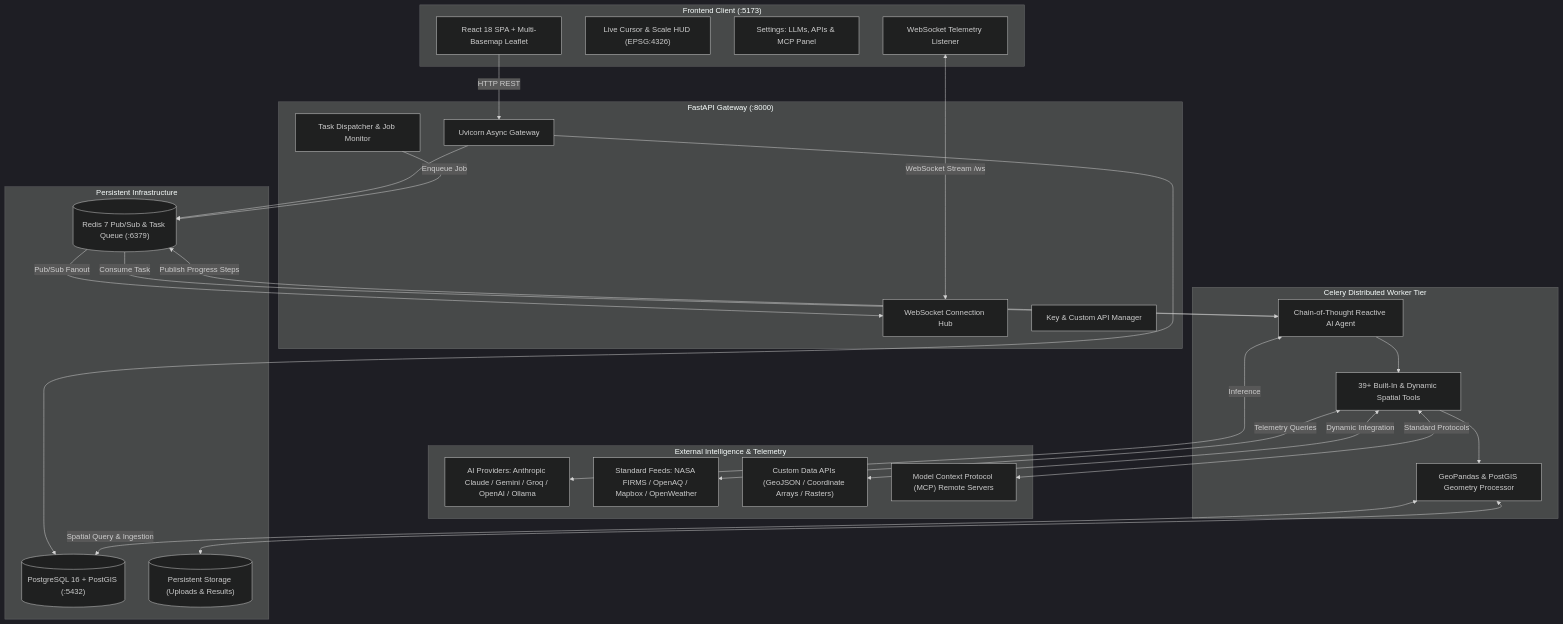
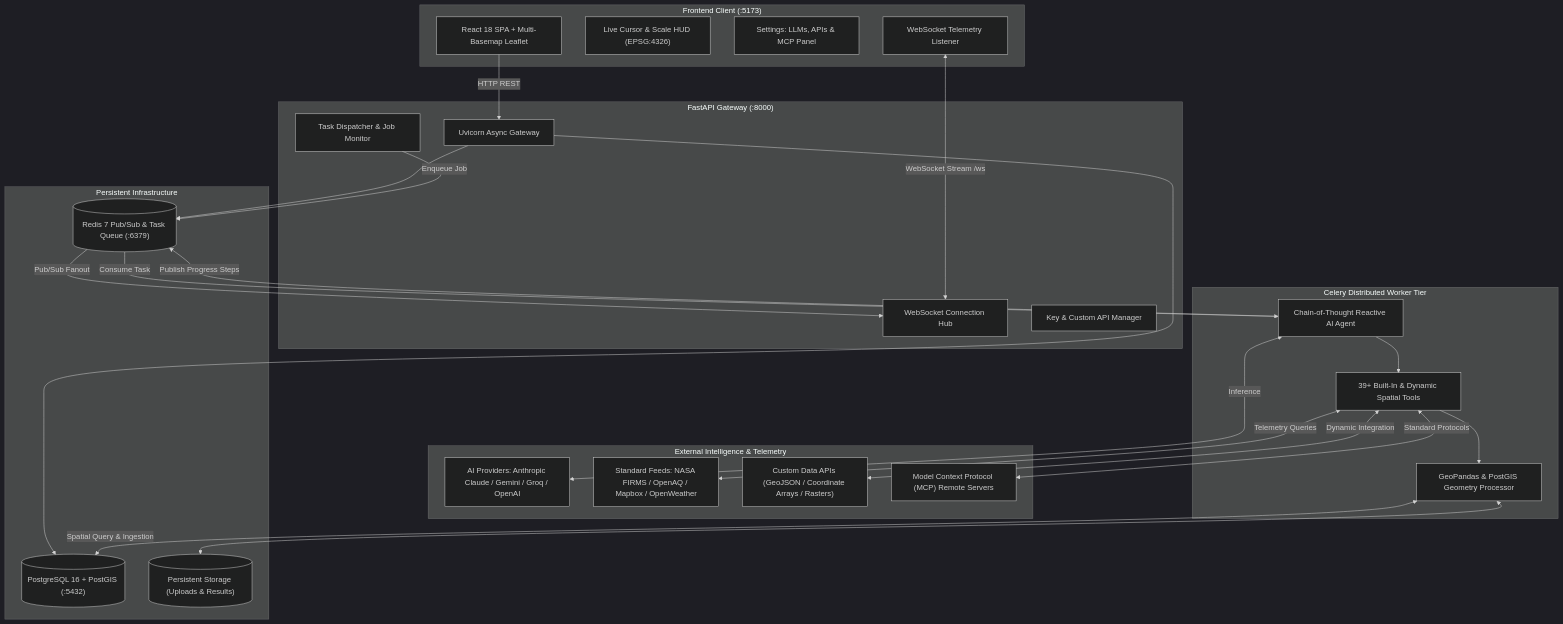
The diagram in README.md (Parth354/COT-Geospatial), drawn with Mermaid (dark theme) before and after one commit. The commit also changed other lines of this file and 6 other files, not shown here.

Commit message:
fix(llm): remove local ollama completely to prevent hardcoded mock indicators

````diff
--- a/README.md
+++ b/README.md
@@ -17,52 +17,52 @@
 ```mermaid
 flowchart TD
     subgraph Client ["Frontend Client (:5173)"]
         UI["React 18 SPA + Multi-Basemap Leaflet"]
         HUD["Live Cursor & Scale HUD (EPSG:4326)"]
         Settings["Settings: LLMs, APIs & MCP Panel"]
         WS["WebSocket Telemetry Listener"]
     end
 
     subgraph API ["FastAPI Gateway (:8000)"]
         Server["Uvicorn Async Gateway"]
         WSManager["WebSocket Connection Hub"]
         TaskQueue["Task Dispatcher & Job Monitor"]
         SettingsRoutes["Key & Custom API Manager"]
     end
 
     subgraph Worker ["Celery Distributed Worker Tier"]
         Agent["Chain-of-Thought Reactive AI Agent"]
         ToolRegistry["39+ Built-In & Dynamic Spatial Tools"]
         GeoEngine["GeoPandas & PostGIS Geometry Processor"]
     end
 
     subgraph External ["External Intelligence & Telemetry"]
-        LLM["AI Providers: Anthropic Claude / Gemini / Groq / OpenAI / Ollama"]
+        LLM["AI Providers: Anthropic Claude / Gemini / Groq / OpenAI"]
         APIs["Standard Feeds: NASA FIRMS / OpenAQ / Mapbox / OpenWeather"]
         CustomFeeds["Custom Data APIs (GeoJSON / Coordinate Arrays / Rasters)"]
         MCPServers["Model Context Protocol (MCP) Remote Servers"]
     end
 
     subgraph Storage ["Persistent Infrastructure"]
         PostGIS[("PostgreSQL 16 + PostGIS (:5432)")]
         RedisBroker[("Redis 7 Pub/Sub & Task Queue (:6379)")]
         DiskStorage[("Persistent Storage (Uploads & Results)")]
     end
 
     UI -->|HTTP REST| Server
     WS <-->|WebSocket Stream /ws| WSManager
     Server --> PostGIS
     Server --> RedisBroker
     TaskQueue -->|Enqueue Job| RedisBroker
     RedisBroker -->|Consume Task| Agent
     Agent <-->|Inference| LLM
     Agent --> ToolRegistry
     ToolRegistry <-->|Telemetry Queries| APIs
     ToolRegistry <-->|Dynamic Integration| CustomFeeds
     ToolRegistry <-->|Standard Protocols| MCPServers
     ToolRegistry --> GeoEngine
     GeoEngine <-->|Spatial Query & Ingestion| PostGIS
     GeoEngine <--> DiskStorage
     Agent -->|Publish Progress Steps| RedisBroker
     RedisBroker -->|Pub/Sub Fanout| WSManager
 ```
````
